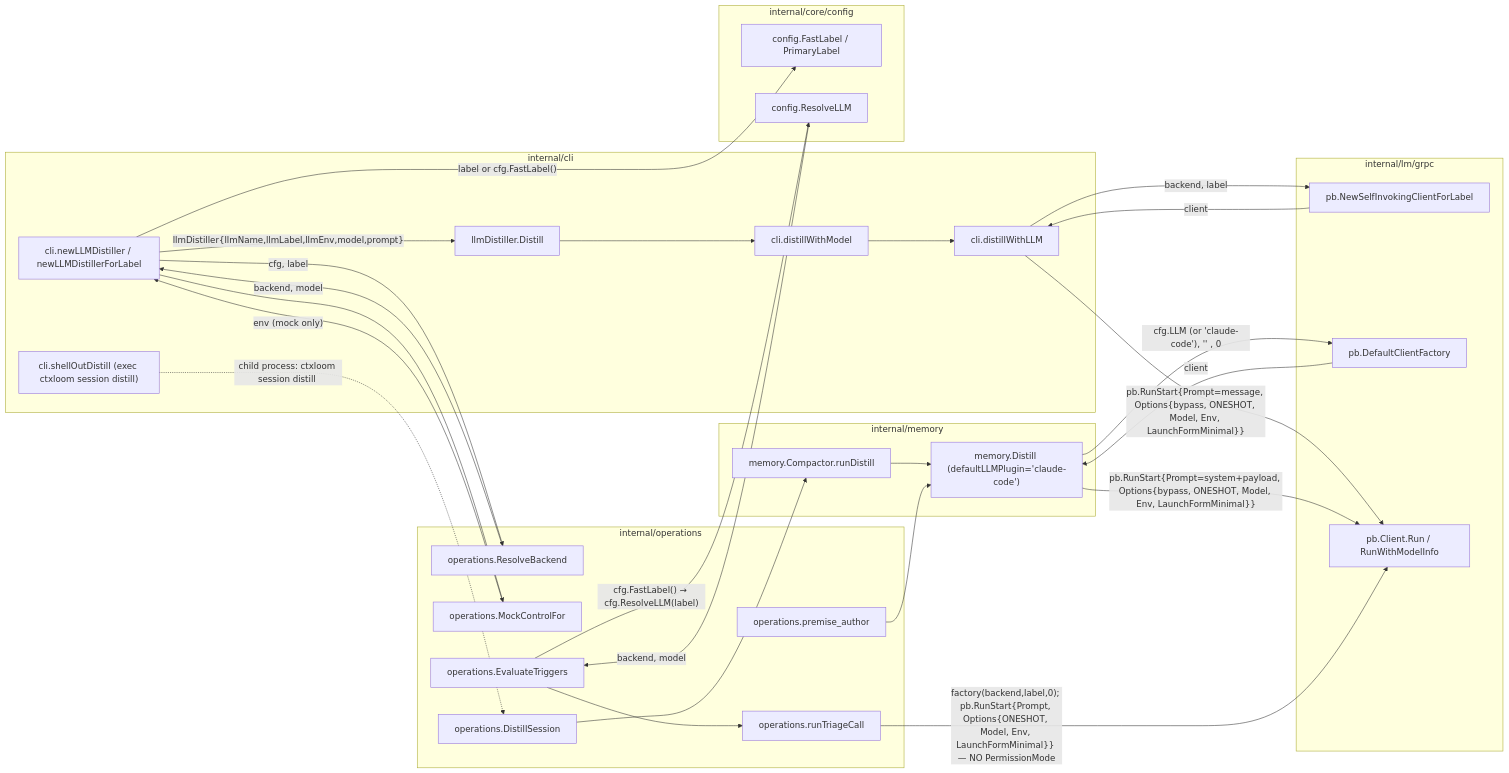
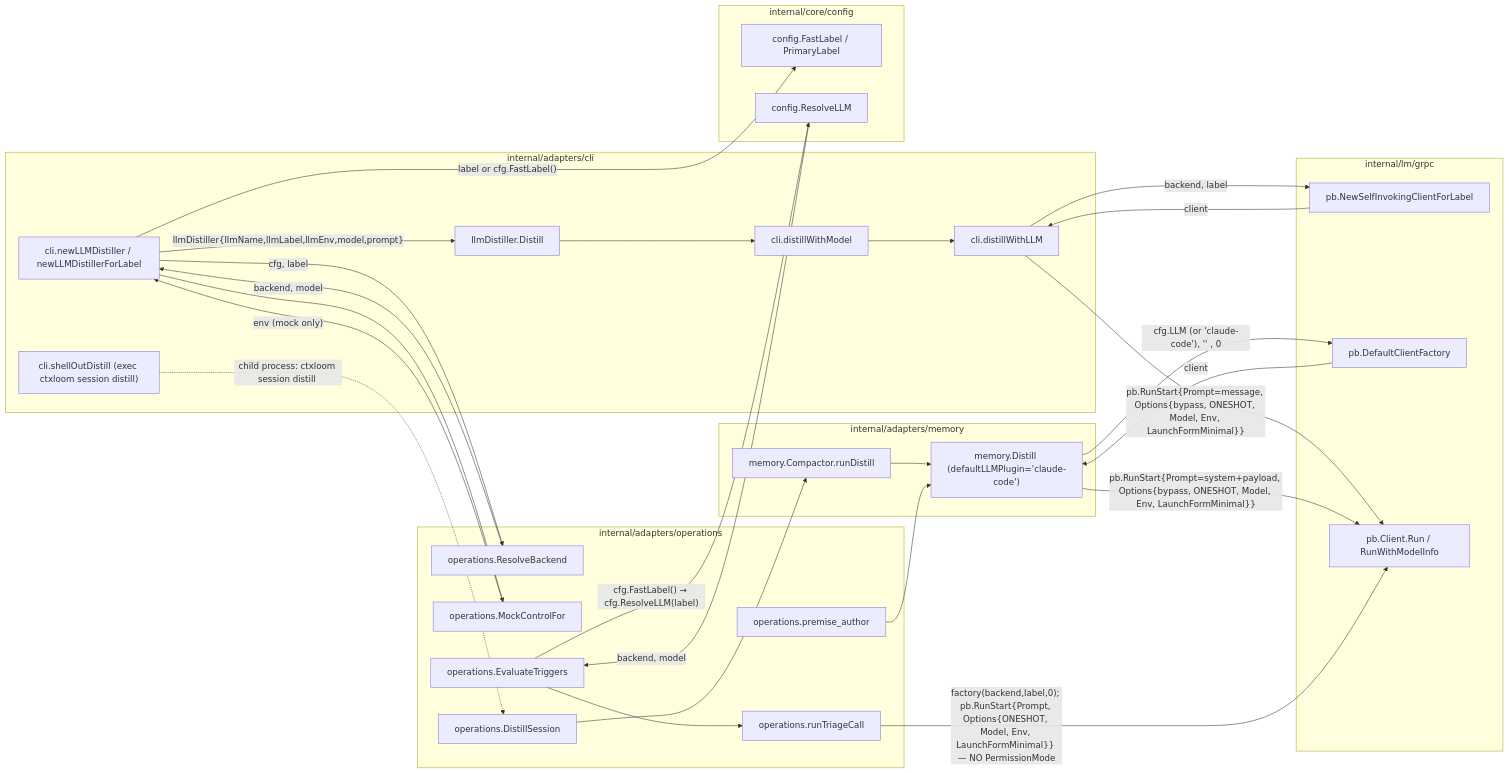
One commit to ctxloom/ctxloom changed the sixth of 9 diagrams in docs/architecture/audit-2026-09-18/01-launch-paths.md. Above: the diagram before and after it, drawn with Mermaid. The commit also changed other lines of this file and 2489 other files, not shown here.

First line of the commit message:
refactor(arch): move the adapters ring into internal/adapters

````diff
--- a/docs/architecture/audit-2026-09-18/01-launch-paths.md
+++ b/docs/architecture/audit-2026-09-18/01-launch-paths.md
@@ -480,45 +480,45 @@
 ```mermaid
 flowchart LR
-  subgraph cli["internal/cli"]
+  subgraph cli["internal/adapters/cli"]
     newLLMD["cli.newLLMDistiller / newLLMDistillerForLabel"]
     Distill["llmDistiller.Distill"]
     dwm["cli.distillWithModel"]
     dwl["cli.distillWithLLM"]
     shellOut["cli.shellOutDistill (exec ctxloom session distill)"]
   end
-  subgraph operations["internal/operations"]
+  subgraph operations["internal/adapters/operations"]
     ResolveBackend["operations.ResolveBackend"]
     MockControl["operations.MockControlFor"]
     DistillSession["operations.DistillSession"]
     premise["operations.premise_author"]
     EvalTrig["operations.EvaluateTriggers"]
     triage["operations.runTriageCall"]
   end
-  subgraph memory["internal/memory"]
+  subgraph memory["internal/adapters/memory"]
     Compactor["memory.Compactor.runDistill"]
     MDistill["memory.Distill (defaultLLMPlugin='claude-code')"]
   end
   subgraph config["internal/core/config"]
     FastLabel["config.FastLabel / PrimaryLabel"]
     ResolveLLM["config.ResolveLLM"]
   end
   subgraph grpc["internal/lm/grpc"]
     NewSelf["pb.NewSelfInvokingClientForLabel"]
     DefaultF["pb.DefaultClientFactory"]
     Run["pb.Client.Run / RunWithModelInfo"]
   end
 
   newLLMD -- "label or cfg.FastLabel()" --> FastLabel
   newLLMD -- "cfg, label" --> ResolveBackend -- "backend, model" --> newLLMD
   newLLMD --> MockControl -- "env (mock only)" --> newLLMD
   newLLMD -- "llmDistiller{llmName,llmLabel,llmEnv,model,prompt}" --> Distill --> dwm --> dwl
   dwl -- "backend, label" --> NewSelf -- "client" --> dwl
   dwl -- "pb.RunStart{Prompt=message, Options{bypass, ONESHOT, Model, Env, LaunchFormMinimal}}" --> Run
   shellOut -. "child process: ctxloom session distill <harp>" .-> DistillSession
   DistillSession --> Compactor --> MDistill
   premise --> MDistill
   MDistill -- "cfg.LLM (or 'claude-code'), '' , 0" --> DefaultF -- "client" --> MDistill
   MDistill -- "pb.RunStart{Prompt=system+payload, Options{bypass, ONESHOT, Model, Env, LaunchFormMinimal}}" --> Run
   EvalTrig -- "cfg.FastLabel() → cfg.ResolveLLM(label)" --> ResolveLLM -- "backend, model" --> EvalTrig
   EvalTrig --> triage -- "factory(backend,label,0); pb.RunStart{Prompt, Options{ONESHOT, Model, Env, LaunchFormMinimal}} — NO PermissionMode" --> Run
 ```
````
